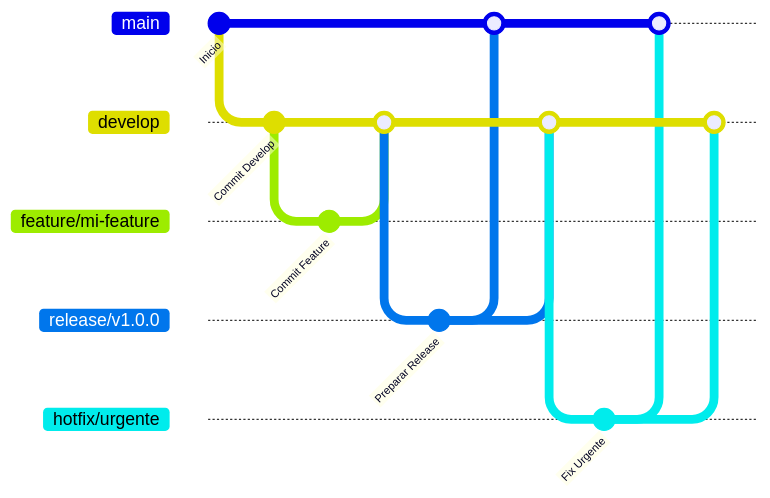
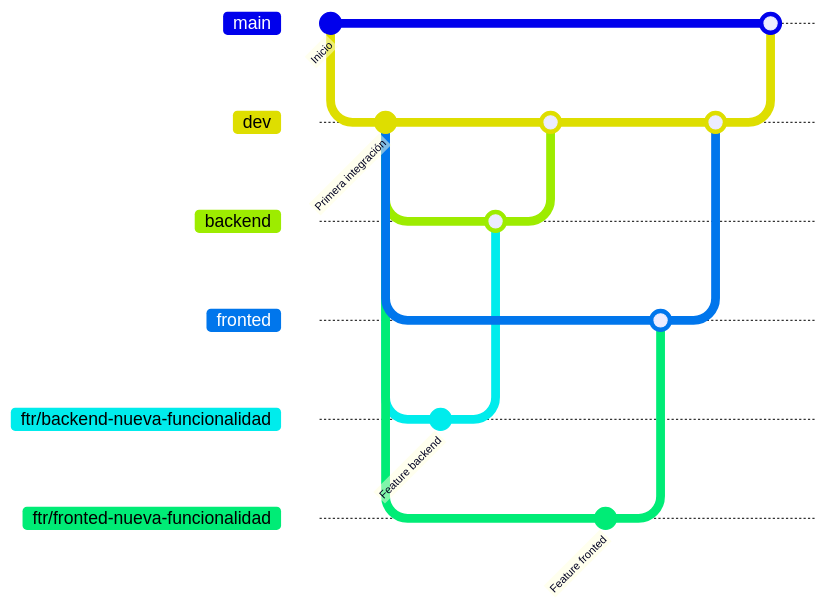
The diagram in README.md (ElCuervas/n-migos), drawn with Mermaid before and after one commit.

````diff
--- a/README.md
+++ b/README.md
@@ -1,26 +1,27 @@
 ```mermaid
 gitGraph
    commit id: "Inicio"
-   branch develop
-   checkout develop
-   commit id: "Commit Develop"
-   branch feature/mi-feature
-   checkout feature/mi-feature
-   commit id: "Commit Feature"
-   checkout develop
-   merge feature/mi-feature
-   branch release/v1.0.0
-   checkout release/v1.0.0
-   commit id: "Preparar Release"
+   branch dev
+   checkout dev
+   commit id: "Primera integración"
+   branch backend
+   branch fronted
+   checkout backend
+   branch ftr/backend-nueva-funcionalidad
+   checkout ftr/backend-nueva-funcionalidad
+   commit id: "Feature backend"
+   checkout backend
+   merge ftr/backend-nueva-funcionalidad
+   checkout dev
+   merge backend
+   checkout fronted
+   branch ftr/fronted-nueva-funcionalidad
+   checkout ftr/fronted-nueva-funcionalidad
+   commit id: "Feature fronted"
+   checkout fronted
+   merge ftr/fronted-nueva-funcionalidad
+   checkout dev
+   merge fronted
    checkout main
-   merge release/v1.0.0
-   checkout develop
-   merge release/v1.0.0
-   branch hotfix/urgente
-   checkout hotfix/urgente
-   commit id: "Fix Urgente"
-   checkout main
-   merge hotfix/urgente
-   checkout develop
-   merge hotfix/urgente
+   merge dev
 ```
````
